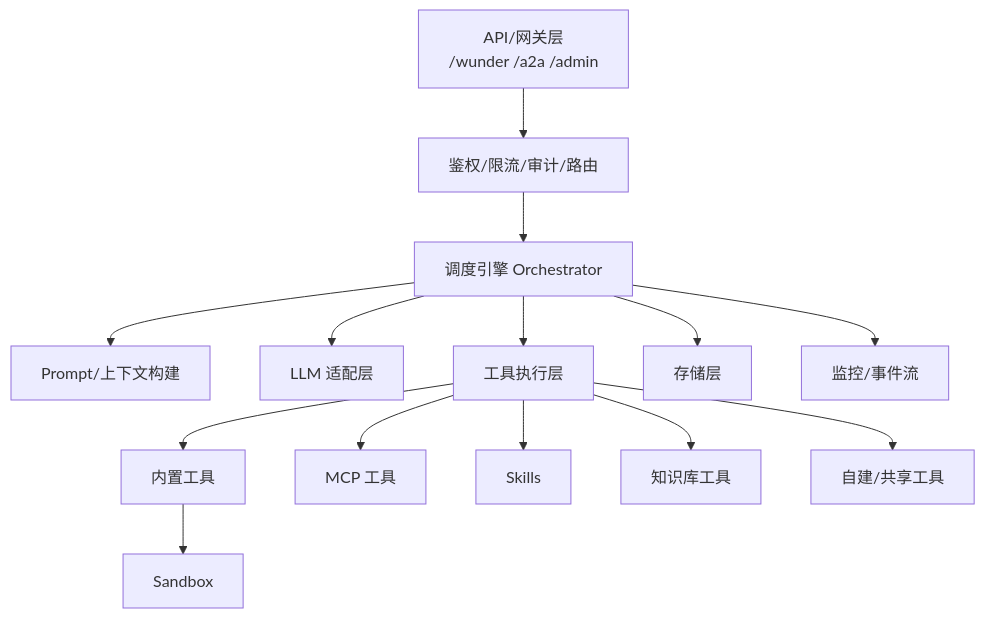
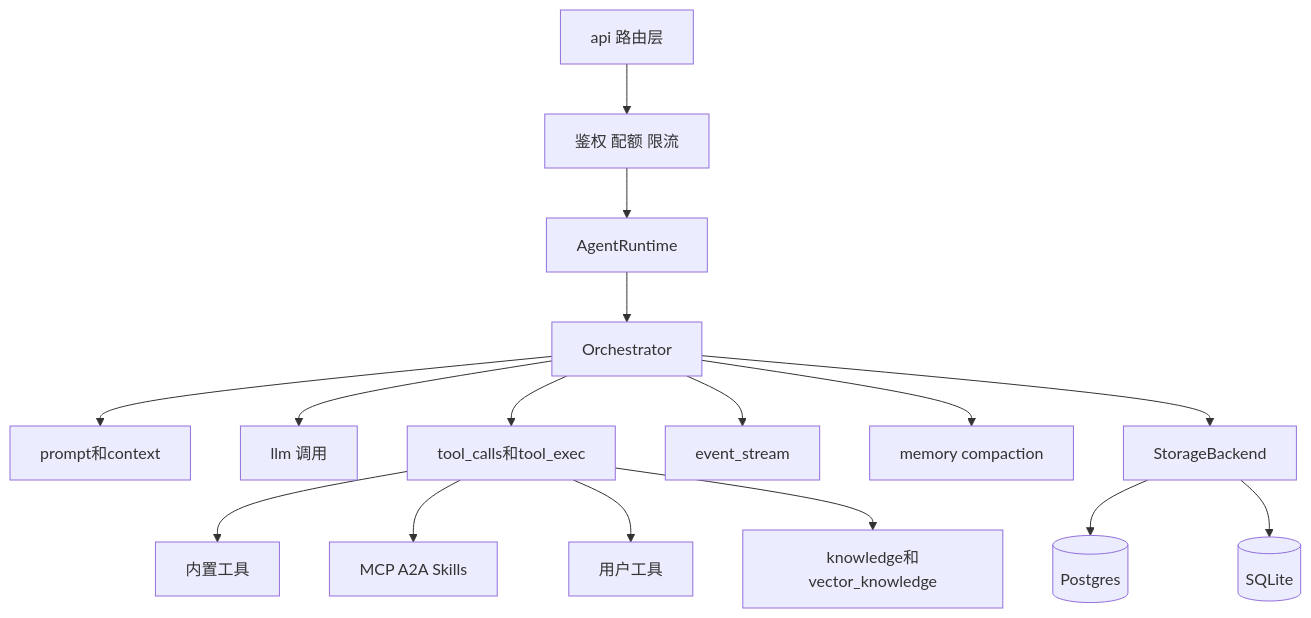
Before and after one commit to ylsdamxssjxxdd/wunder: the second of 8 diagrams in docs/架构设计.md, drawn with Mermaid. The commit also changed other lines of this file and 20 other files, not shown here.

````diff
--- a/docs/架构设计.md
+++ b/docs/架构设计.md
@@ -105,17 +106,21 @@
 ```mermaid
 flowchart TB
-  API[API/网关层<br/>/wunder /a2a /admin] --> Policy[鉴权/限流/审计/路由]
-  Policy --> Orchestrator[调度引擎 Orchestrator]
-  Orchestrator --> Prompt[Prompt/上下文构建]
-  Orchestrator --> LLM[LLM 适配层]
-  Orchestrator --> Tools[工具执行层]
-  Orchestrator --> Storage[存储层]
-  Orchestrator --> Monitor[监控/事件流]
+  API[api 路由层] --> POLICY[鉴权 配额 限流]
+  POLICY --> RUNTIME[AgentRuntime]
+  RUNTIME --> ORCH[Orchestrator]
 
-  Tools --> Builtin[内置工具]
-  Tools --> MCPTools[MCP 工具]
-  Tools --> Skills[Skills]
-  Tools --> KBTool[知识库工具]
-  Tools --> UserTools[自建/共享工具]
-  Builtin --> Sandbox
+  ORCH --> PROMPT[prompt和context]
+  ORCH --> LLM[llm 调用]
+  ORCH --> TOOLCALL[tool_calls和tool_exec]
+  ORCH --> EVENTS[event_stream]
+  ORCH --> COMPACT[memory compaction]
+
+  TOOLCALL --> BUILTIN[内置工具]
+  TOOLCALL --> MCPTOOLS[MCP A2A Skills]
+  TOOLCALL --> USERTOOLS[用户工具]
+  TOOLCALL --> KNOWLEDGE[knowledge和vector_knowledge]
+
+  ORCH --> STORAGE[StorageBackend]
+  STORAGE --> PG[(Postgres)]
+  STORAGE --> SQ[(SQLite)]
 ```
````
